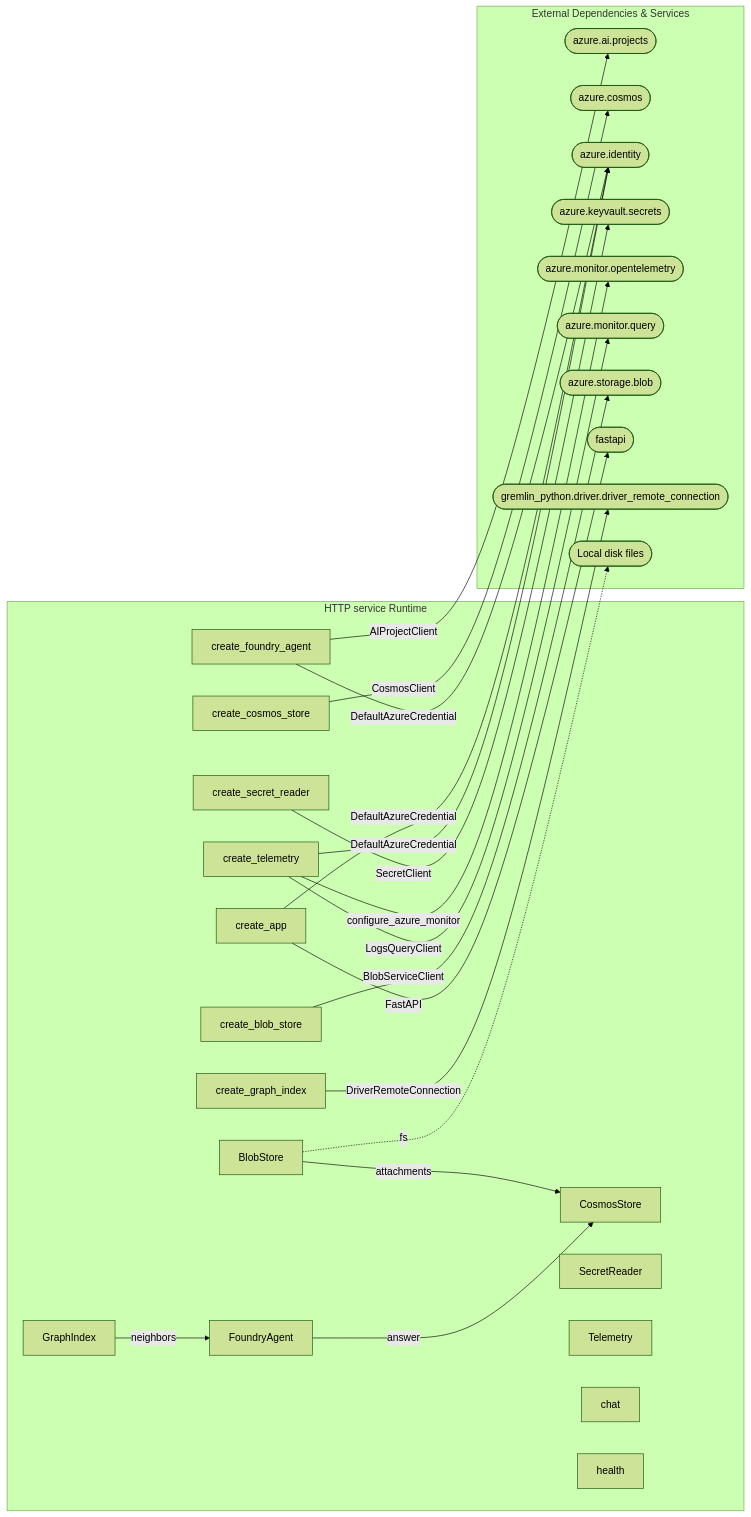
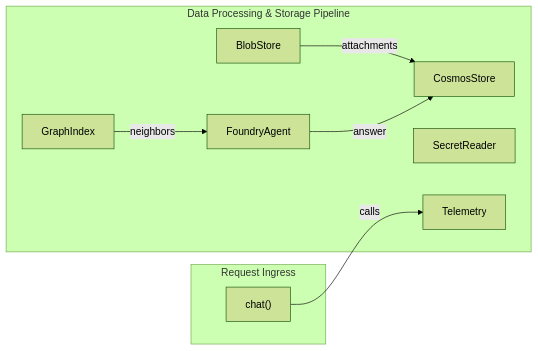
The third of 4 diagrams in examples/azure-chatbot-architecture.md (Dodhon/arch-map), drawn with Mermaid (forest theme) before and after one commit. The commit also changed other lines of this file and 2 other files, not shown here.

Commit message:
fix(layout): clean Level 2a hierarchical tree and Level 2b horizontal data pipeline

````diff
--- a/examples/azure-chatbot-architecture.md
+++ b/examples/azure-chatbot-architecture.md
@@ -121,47 +107,18 @@
 ```mermaid
 flowchart LR
-    subgraph DP_src["HTTP service Runtime"]
+    subgraph Ingress["Request Ingress"]
+        C_chat["chat()"]
+    end
+    subgraph Pipeline["Data Processing & Storage Pipeline"]
         C_BlobStore["BlobStore"]
         C_CosmosStore["CosmosStore"]
         C_FoundryAgent["FoundryAgent"]
         C_GraphIndex["GraphIndex"]
         C_SecretReader["SecretReader"]
         C_Telemetry["Telemetry"]
-        C_create_app["create_app"]
-        C_create_blob_store["create_blob_store"]
-        C_create_cosmos_store["create_cosmos_store"]
-        C_create_foundry_agent["create_foundry_agent"]
-        C_create_graph_index["create_graph_index"]
-        C_create_secret_reader["create_secret_reader"]
-        C_create_telemetry["create_telemetry"]
-        C_chat["chat"]
-        C_health["health"]
     end
-    subgraph DP_Externals["External Dependencies & Services"]
-        X_azure_ai_projects(["azure.ai.projects"])
-        X_azure_cosmos(["azure.cosmos"])
-        X_azure_identity(["azure.identity"])
-        X_azure_keyvault_secrets(["azure.keyvault.secrets"])
-        X_azure_monitor_opentelemetry(["azure.monitor.opentelemetry"])
-        X_azure_monitor_query(["azure.monitor.query"])
-        X_azure_storage_blob(["azure.storage.blob"])
-        X_fastapi(["fastapi"])
-        X_gremlin_python_driver_driver_remote_connection(["gremlin_python.driver.driver_remote_connection"])
-        X_Local_disk_files(["Local disk files"])
-    end
+    C_chat -->|calls| C_Telemetry
     C_GraphIndex -->|neighbors| C_FoundryAgent
+    C_BlobStore -->|attachments| C_CosmosStore
     C_FoundryAgent -->|answer| C_CosmosStore
-    C_BlobStore -->|attachments| C_CosmosStore
-    C_create_graph_index -->|DriverRemoteConnection| X_gremlin_python_driver_driver_remote_connection
-    C_create_telemetry -->|DefaultAzureCredential| X_azure_identity
-    C_create_telemetry -->|configure_azure_monitor| X_azure_monitor_opentelemetry
-    C_create_telemetry -->|LogsQueryClient| X_azure_monitor_query
-    C_create_secret_reader -->|SecretClient| X_azure_keyvault_secrets
-    C_create_app -->|FastAPI| X_fastapi
-    C_create_app -->|DefaultAzureCredential| X_azure_identity
-    C_create_cosmos_store -->|CosmosClient| X_azure_cosmos
-    C_create_foundry_agent -->|AIProjectClient| X_azure_ai_projects
-    C_create_foundry_agent -->|DefaultAzureCredential| X_azure_identity
-    C_create_blob_store -->|BlobServiceClient| X_azure_storage_blob
-    C_BlobStore -.->|fs| X_Local_disk_files
 ```
````
